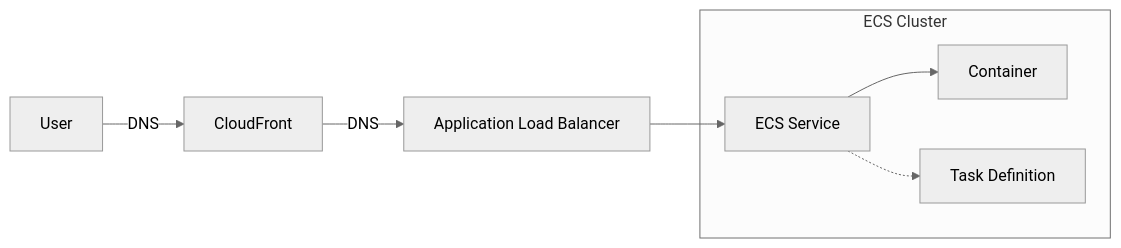
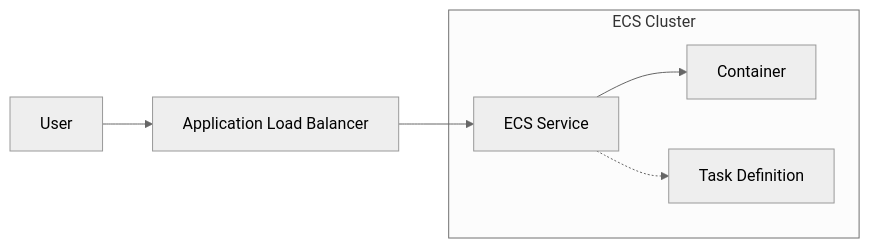
One commit to rust-lang/simpleinfra changed the second of 2 diagrams in terragrunt/modules/docs-rs/README.md. Above: the diagram before and after it, drawn with Mermaid (neutral theme). The commit also changed other lines of this file and 24 other files, not shown here.

````diff
--- a/terragrunt/modules/docs-rs/README.md
+++ b/terragrunt/modules/docs-rs/README.md
@@ -39,11 +42,10 @@
 ```mermaid
 flowchart LR
-    User -- DNS --> CloudFront
-    CloudFront -- DNS --> ECSLB[Application Load Balancer]
+    User --> ECSLB[Application Load Balancer]
     ECSLB --> service[ECS Service]
 
     subgraph ecs [ECS Cluster]
         service --> Container
         service -.-> task[Task Definition]
     end
 ```
````
